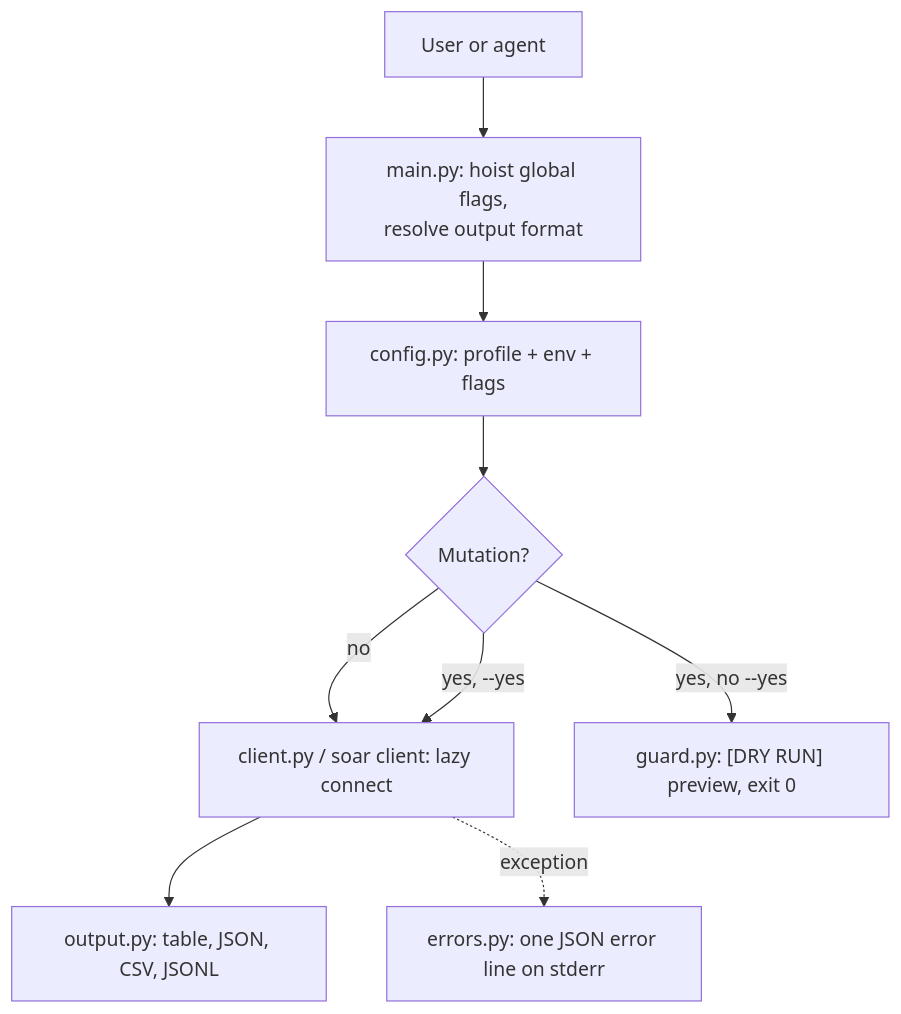
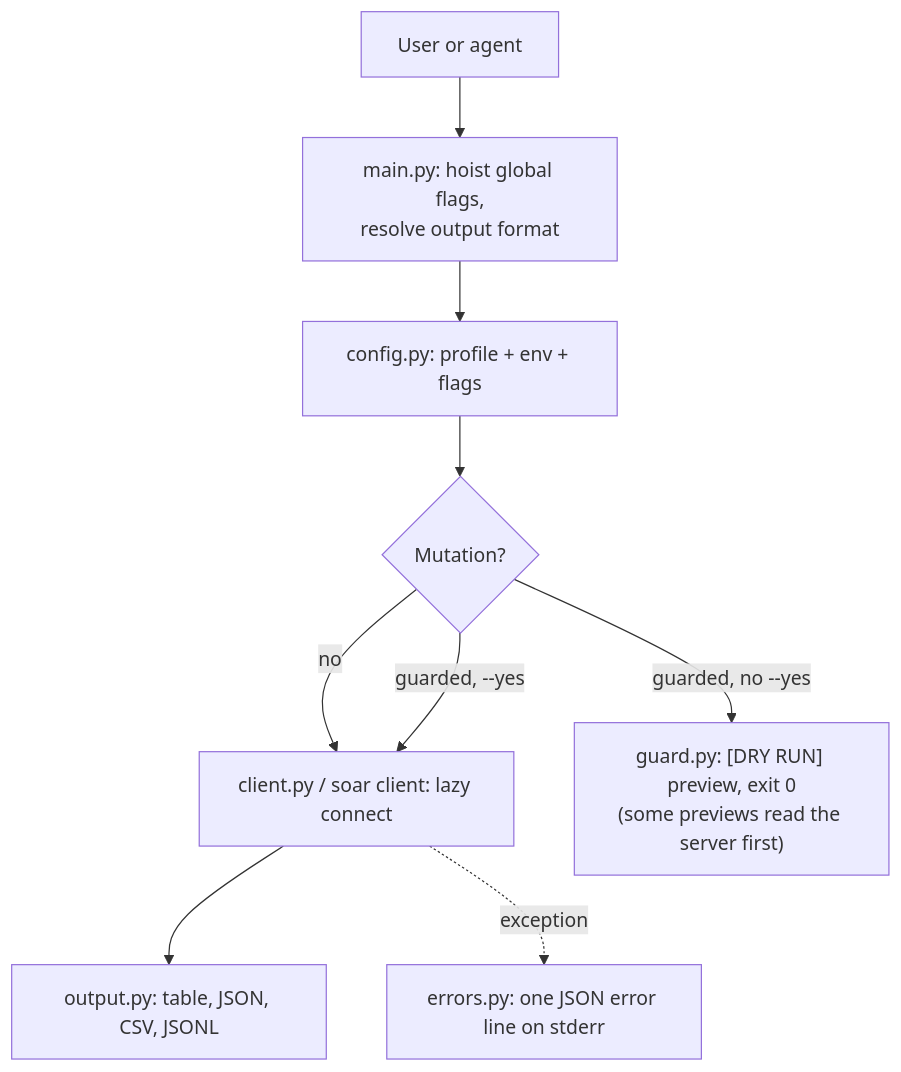
One commit to dannyota/splunkctl changed the second of 2 diagrams in docs/design/architecture.md. Above: the diagram before and after it, drawn with Mermaid. The commit also changed other lines of this file and 3 other files, not shown here.

First line of the commit message:
docs: tighten architecture claims after review

````diff
--- a/docs/design/architecture.md
+++ b/docs/design/architecture.md
@@ -36,11 +37,11 @@
 ```mermaid
 flowchart TD
   A["User or agent"] --> B["main.py: hoist global flags,\nresolve output format"]
   B --> C["config.py: profile + env + flags"]
   C --> D{"Mutation?"}
   D -- "no" --> E["client.py / soar client: lazy connect"]
-  D -- "yes, no --yes" --> F["guard.py: [DRY RUN] preview, exit 0"]
-  D -- "yes, --yes" --> E
+  D -- "guarded, no --yes" --> F["guard.py: [DRY RUN] preview, exit 0\n(some previews read the server first)"]
+  D -- "guarded, --yes" --> E
   E --> G["output.py: table, JSON, CSV, JSONL"]
   E -. "exception" .-> H["errors.py: one JSON error line on stderr"]
 ```
````
